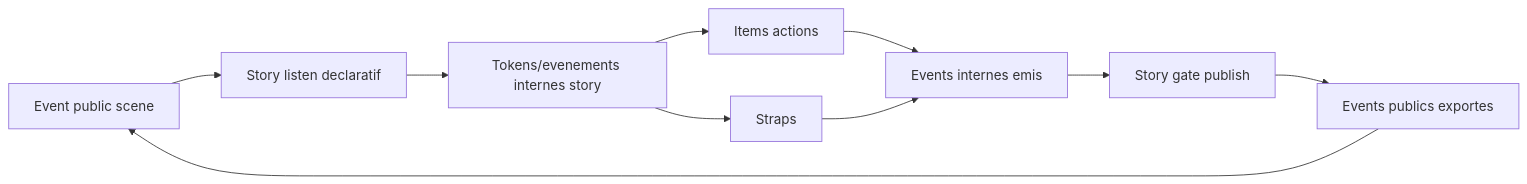
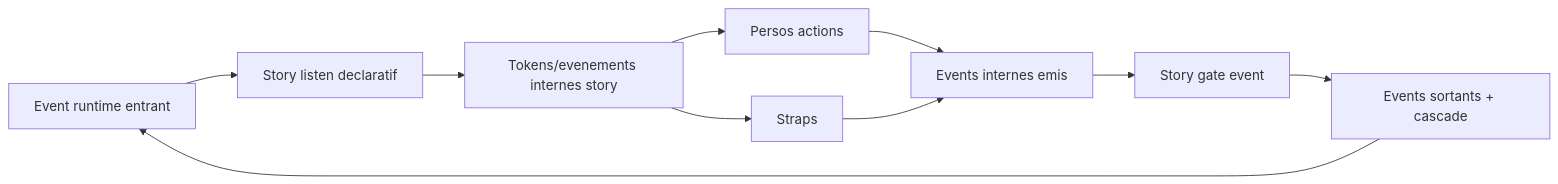
The diagram in evolution/formalisation-modele/02-story-model.md (vitreene/codplay), drawn with Mermaid before and after one commit. The commit also changed other lines of this file and 30 other files, not shown here.

````diff
--- a/evolution/formalisation-modele/02-story-model.md
+++ b/evolution/formalisation-modele/02-story-model.md
@@ -276,12 +232,12 @@
 ```mermaid
 flowchart LR
-  PUB[Event public scene] --> L[Story listen declaratif]
+  PUB[Event runtime entrant] --> L[Story listen declaratif]
   L --> TOK[Tokens/evenements internes story]
-  TOK --> IT[Items actions]
+  TOK --> IT[Persos actions]
   TOK --> ST[Straps]
   IT --> EI[Events internes emis]
   ST --> EI
-  EI --> G[Story gate publish]
-  G --> EP[Events publics exportes]
+  EI --> G[Story gate event]
+  G --> EP[Events sortants + cascade]
   EP --> PUB
 ```
````
